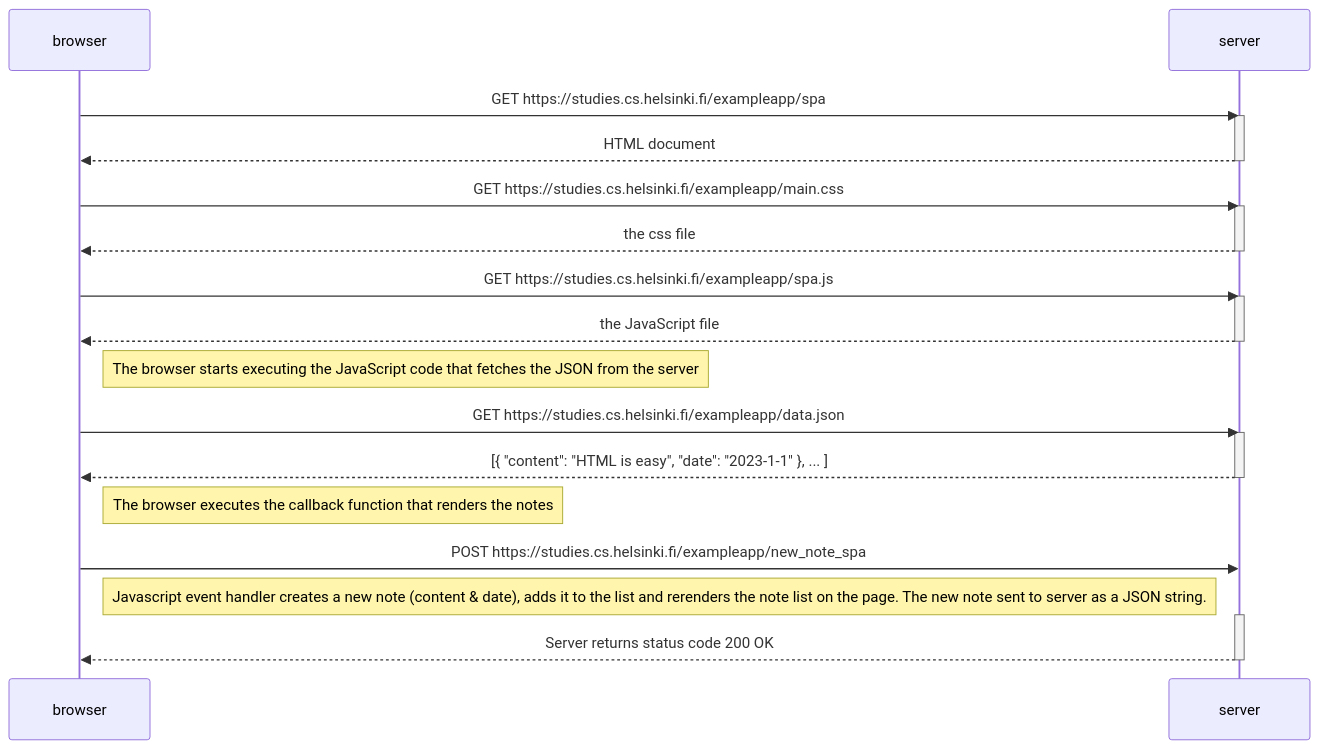
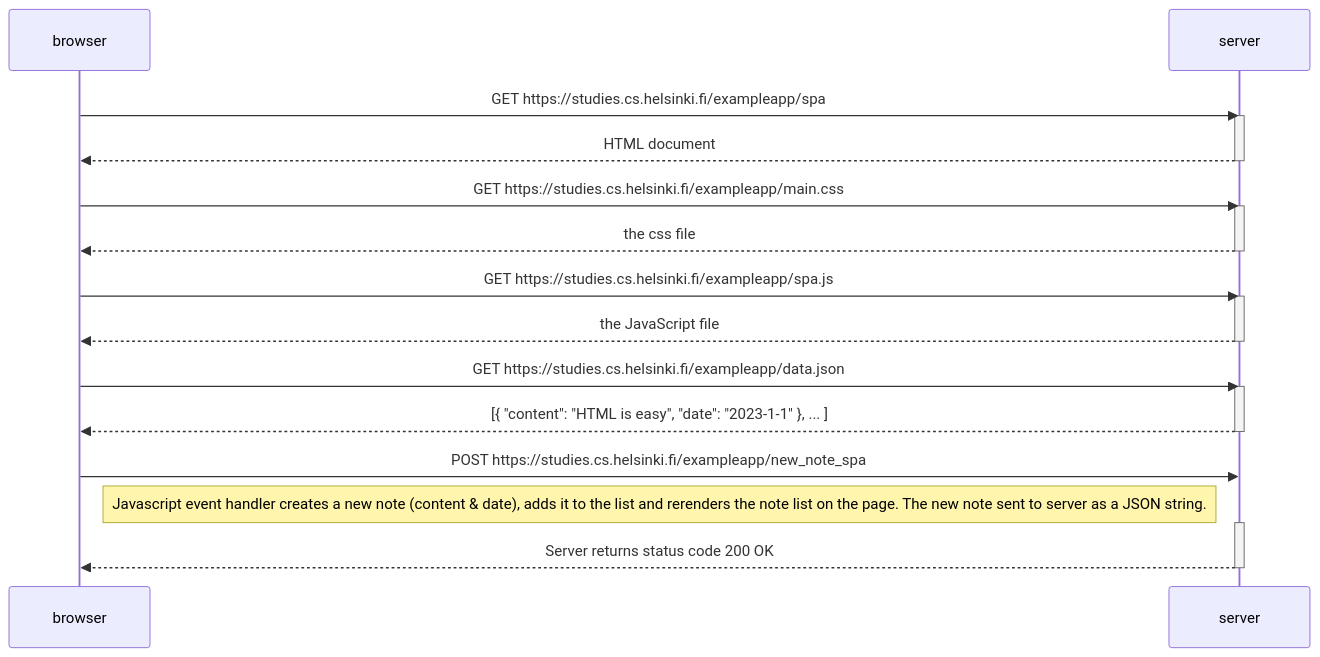
Before and after one commit to WingRa7/fullstackopencourse: the diagram in part0/6.md, drawn with Mermaid.

````diff
--- a/part0/6.md
+++ b/part0/6.md
@@ -2,34 +2,31 @@
 ```mermaid
 sequenceDiagram
     participant browser
     participant server
 
     browser->>server: GET https://studies.cs.helsinki.fi/exampleapp/spa
     activate server
     server-->>browser: HTML document
     deactivate server
 
     browser->>server: GET https://studies.cs.helsinki.fi/exampleapp/main.css
     activate server
     server-->>browser: the css file
     deactivate server
 
     browser->>server: GET https://studies.cs.helsinki.fi/exampleapp/spa.js
     activate server
     server-->>browser: the JavaScript file
     deactivate server
 
-    Note right of browser: The browser starts executing the JavaScript code that fetches the JSON from the server
-
     browser->>server: GET https://studies.cs.helsinki.fi/exampleapp/data.json
     activate server
     server-->>browser: [{ "content": "HTML is easy", "date": "2023-1-1" }, ... ]
     deactivate server
-    Note right of browser: The browser executes the callback function that renders the notes
 
     browser->>server: POST https://studies.cs.helsinki.fi/exampleapp/new_note_spa
     Note right of browser: Javascript event handler creates a new note (content & date), adds it to the list and rerenders the note list on the page. The new note sent to server as a JSON string.
     activate server
     server-->>browser: Server returns status code 200 OK
     deactivate server
 ```
````
